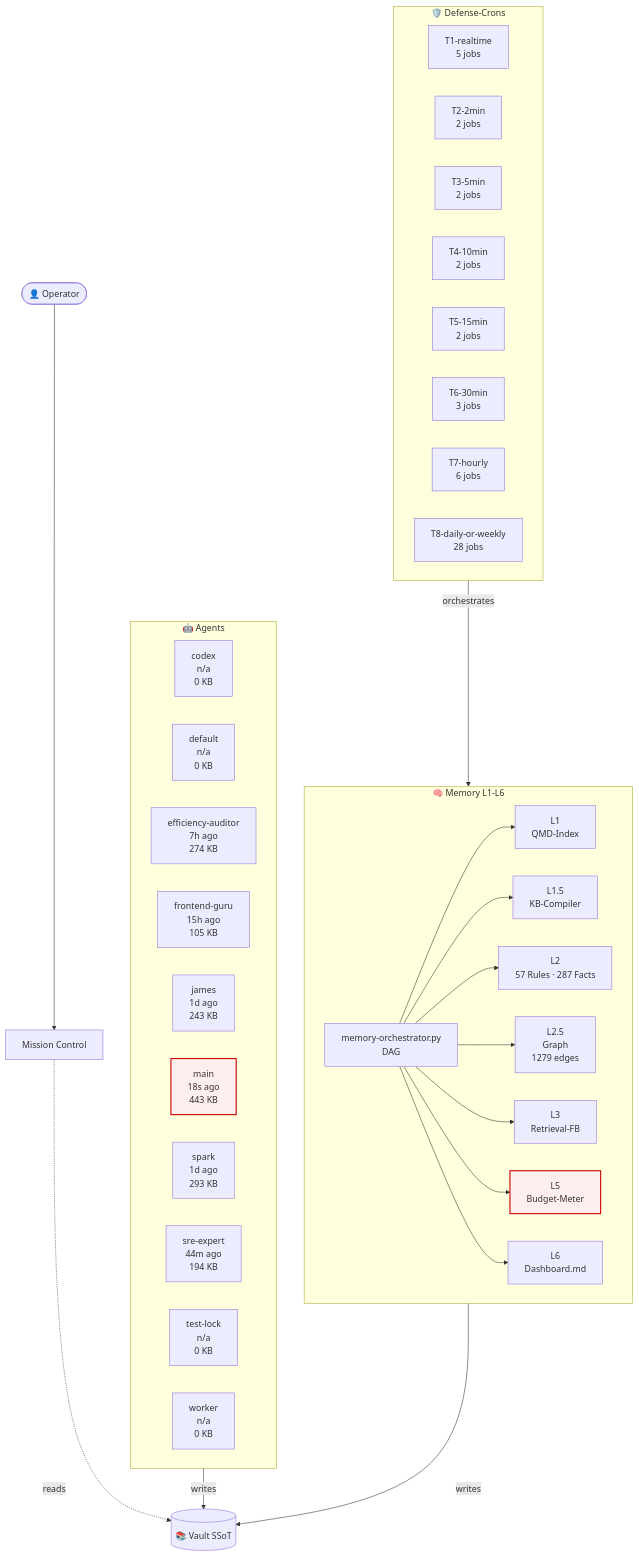
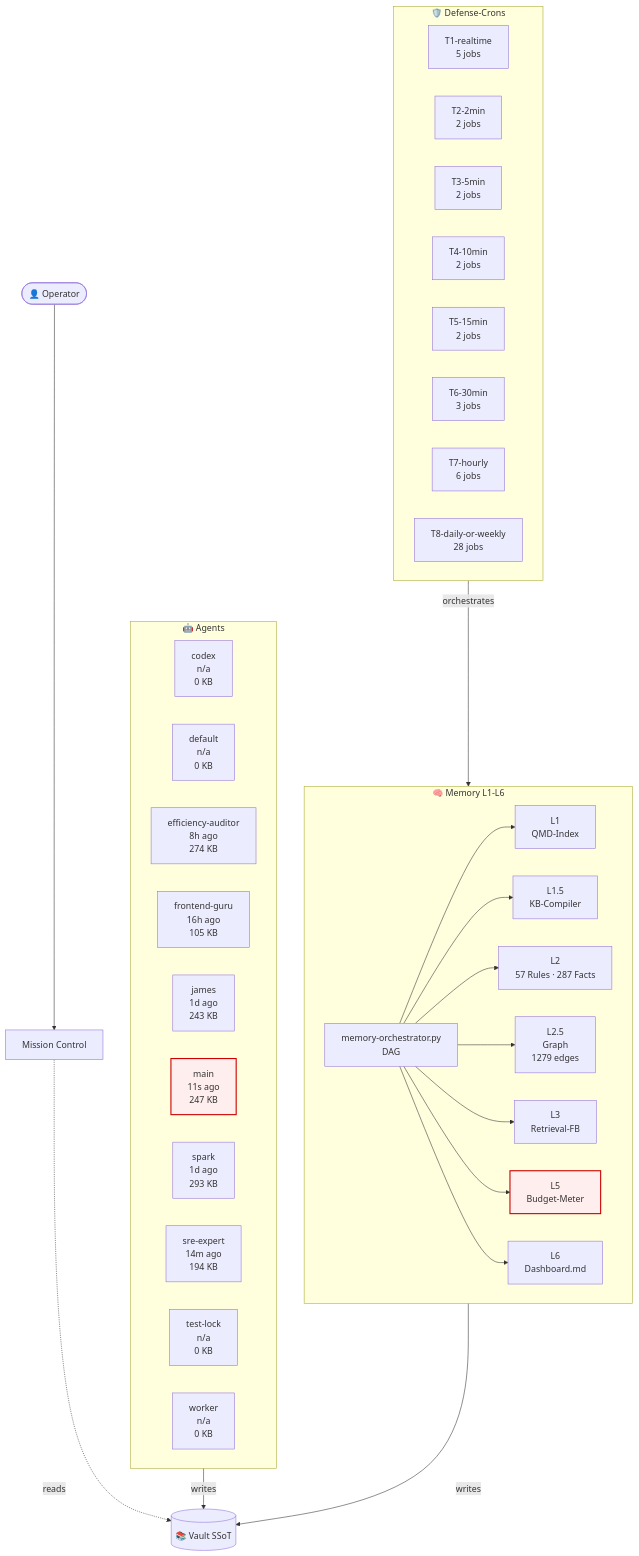
Before and after one commit to lenardhuebner88-rgb/openclaw-memory: the diagram in 03-Agents/architecture-live.md, drawn with Mermaid. The commit also changed other lines of this file and 2 other files, not shown here.

````diff
--- a/03-Agents/architecture-live.md
+++ b/03-Agents/architecture-live.md
@@ -18,53 +18,53 @@
 ```mermaid
 flowchart TB
     classDef critical fill:#fee,stroke:#c00,stroke-width:2px;
     subgraph AGT["🤖 Agents"]
         agent_codex["codex<br/>n/a<br/>0 KB"]
         agent_default["default<br/>n/a<br/>0 KB"]
-        agent_efficiency_auditor["efficiency-auditor<br/>7h ago<br/>274 KB"]
-        agent_frontend_guru["frontend-guru<br/>15h ago<br/>105 KB"]
+        agent_efficiency_auditor["efficiency-auditor<br/>8h ago<br/>274 KB"]
+        agent_frontend_guru["frontend-guru<br/>16h ago<br/>105 KB"]
         agent_james["james<br/>1d ago<br/>243 KB"]
-        agent_main["main<br/>18s ago<br/>443 KB"]
+        agent_main["main<br/>11s ago<br/>247 KB"]
         agent_spark["spark<br/>1d ago<br/>293 KB"]
-        agent_sre_expert["sre-expert<br/>44m ago<br/>194 KB"]
+        agent_sre_expert["sre-expert<br/>14m ago<br/>194 KB"]
         agent_test_lock["test-lock<br/>n/a<br/>0 KB"]
         agent_worker["worker<br/>n/a<br/>0 KB"]
     end
     subgraph MEM["🧠 Memory L1-L6"]
         L1["L1<br/>QMD-Index"]
         L15["L1.5<br/>KB-Compiler"]
         L2["L2<br/>57 Rules · 287 Facts"]
         L25["L2.5<br/>Graph<br/>1279 edges"]
         L3["L3<br/>Retrieval-FB"]
         L5["L5<br/>Budget-Meter"]
         L6["L6<br/>Dashboard.md"]
         ORCH["memory-orchestrator.py<br/>DAG"]
     end
     subgraph CRN["🛡️ Defense-Crons"]
         tier_T1_realtime["T1-realtime<br/>5 jobs"]
         tier_T2_2min["T2-2min<br/>2 jobs"]
         tier_T3_5min["T3-5min<br/>2 jobs"]
         tier_T4_10min["T4-10min<br/>2 jobs"]
         tier_T5_15min["T5-15min<br/>2 jobs"]
         tier_T6_30min["T6-30min<br/>3 jobs"]
         tier_T7_hourly["T7-hourly<br/>6 jobs"]
         tier_T8_daily_or_weekly["T8-daily-or-weekly<br/>28 jobs"]
     end
     VAULT[("📚 Vault SSoT")]
     OP([👤 Operator])
     MC["Mission Control"]
     OP --> MC
     MC -.reads.-> VAULT
     AGT -->|writes| VAULT
     MEM -->|writes| VAULT
     ORCH --> L1
     ORCH --> L15
     ORCH --> L2
     ORCH --> L25
     ORCH --> L3
     ORCH --> L5
     ORCH --> L6
     CRN -->|orchestrates| MEM
     class L5 critical
     class agent_main critical
 ```
````
